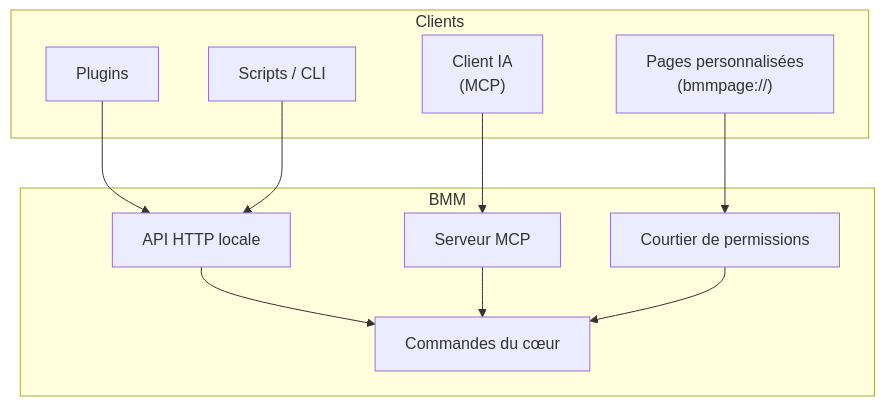
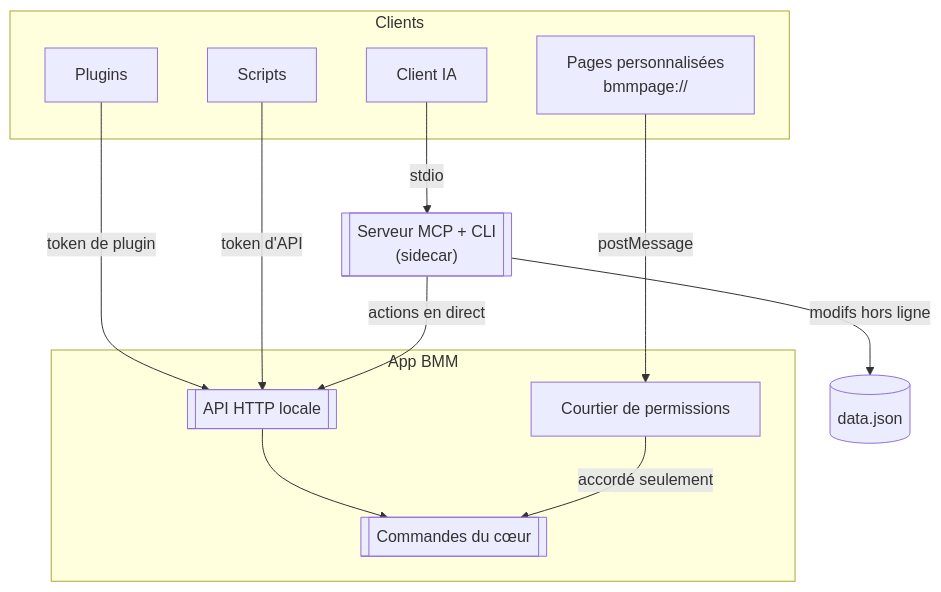
Before and after one commit to FreeProject089/BetterModsManager: the first of 3 diagrams in frontend/assets/docs/fr/how-it-works/extending.md, drawn with Mermaid. The commit also changed other lines of this file and 176 other files, not shown here.

````diff
--- a/frontend/assets/docs/fr/how-it-works/extending.md
+++ b/frontend/assets/docs/fr/how-it-works/extending.md
@@ -9,22 +9,24 @@
 ```mermaid
-flowchart TB
-    subgraph Clients
+flowchart TD
+    subgraph CLIENTS["Clients"]
         PLUG["Plugins"]
-        SCRIPT["Scripts / CLI"]
-        AI["Client IA<br/>(MCP)"]
-        PAGE["Pages personnalisées<br/>(bmmpage://)"]
+        SCRIPT["Scripts"]
+        AI["Client IA"]
+        PAGE["Pages personnalisées<br/>bmmpage://"]
     end
-    subgraph BMM
-        API["API HTTP locale"]
-        MCP["Serveur MCP"]
+    MCP[["Serveur MCP + CLI<br/>(sidecar)"]]
+    subgraph APP["App BMM"]
+        API[["API HTTP locale"]]
         BROKER["Courtier de permissions"]
-        CORE["Commandes du cœur"]
+        CORE[["Commandes du cœur"]]
     end
-    PLUG --> API
-    SCRIPT --> API
-    AI --> MCP
-    PAGE --> BROKER
+    DATA[("data.json")]
+    PLUG -- "token de plugin" --> API
+    SCRIPT -- "token d'API" --> API
+    AI -- "stdio" --> MCP
+    MCP -- "actions en direct" --> API
+    MCP -- "modifs hors ligne" --> DATA
+    PAGE -- "postMessage" --> BROKER
     API --> CORE
-    MCP --> CORE
-    BROKER --> CORE
+    BROKER -- "accordé seulement" --> CORE
 ```
````
